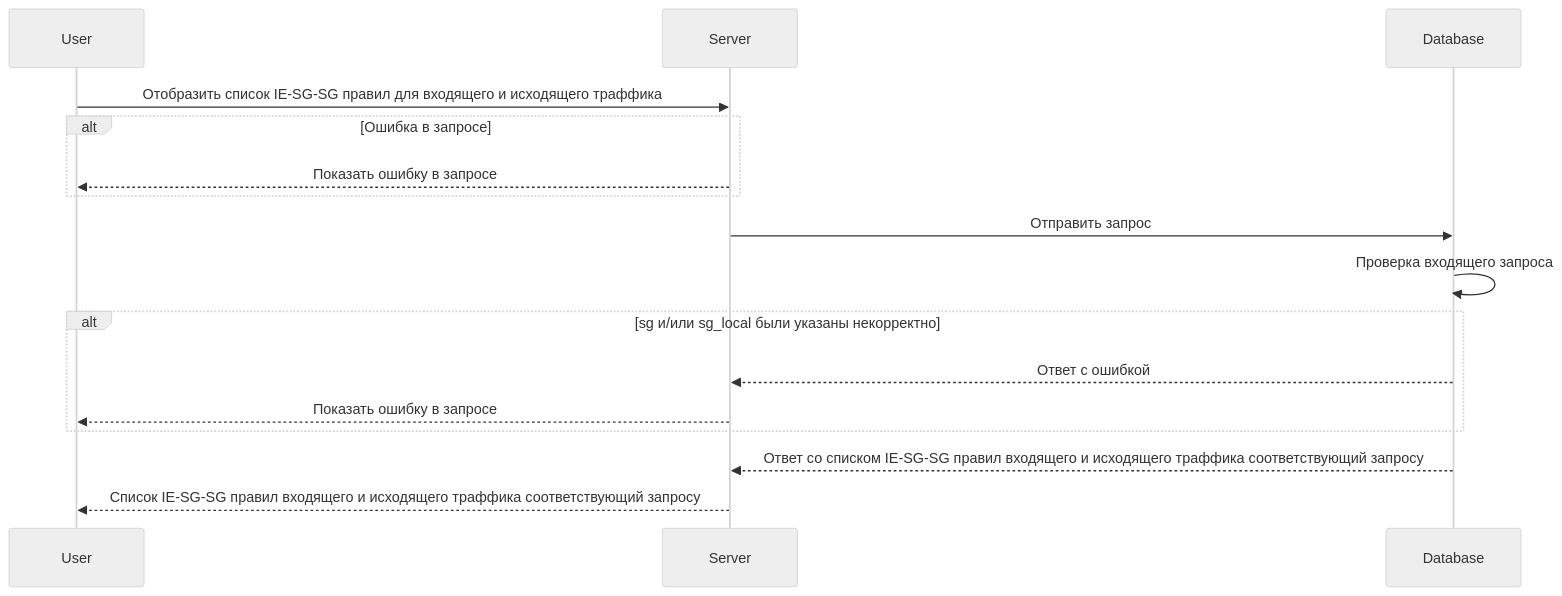
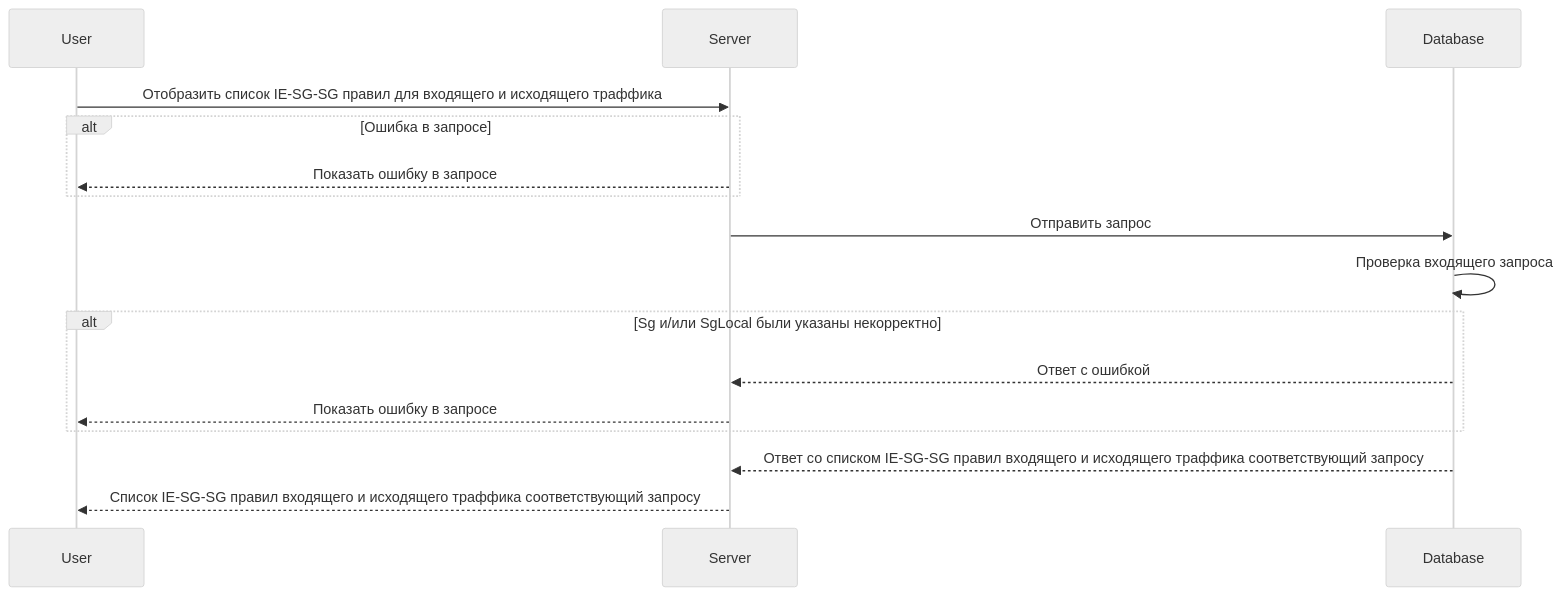
One commit to wildberries-tech/sgroups changed the diagram in documentation/docs/tech-docs/sgroups/api/v1/ie-sg-sg-rules.md. Above: the diagram before and after it, drawn with Mermaid (neutral theme). The commit also changed other lines of this file and 5 other files, not shown here.

````diff
--- a/documentation/docs/tech-docs/sgroups/api/v1/ie-sg-sg-rules.md
+++ b/documentation/docs/tech-docs/sgroups/api/v1/ie-sg-sg-rules.md
@@ -220,23 +223,23 @@
 ```mermaid
 sequenceDiagram
 participant user as User
 participant server as Server
 participant db as Database
 
 user->>server: Отобразить список IE-SG-SG правил для входящего и исходящего траффика
 
 alt Ошибка в запросе
     server-->>user: Показать ошибку в запросе
 end
 
 server->>db: Отправить запрос
 db->>db: Проверка входящего запроса
 
-alt sg и/или sg_local были указаны некорректно
+alt Sg и/или SgLocal были указаны некорректно
     db-->>server: Ответ с ошибкой
     server-->>user: Показать ошибку в запросе
 end
 
 db-->>server: Ответ со списком IE-SG-SG правил входящего и исходящего траффика соответствующий запросу
 server-->>user: Список IE-SG-SG правил входящего и исходящего траффика соответствующий запросу
 ```
````
